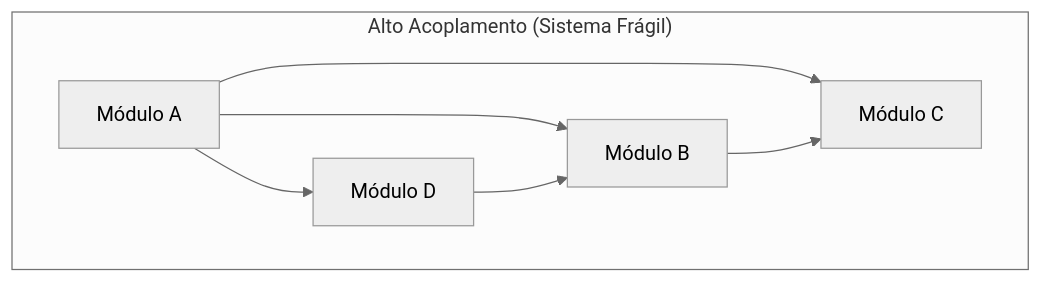
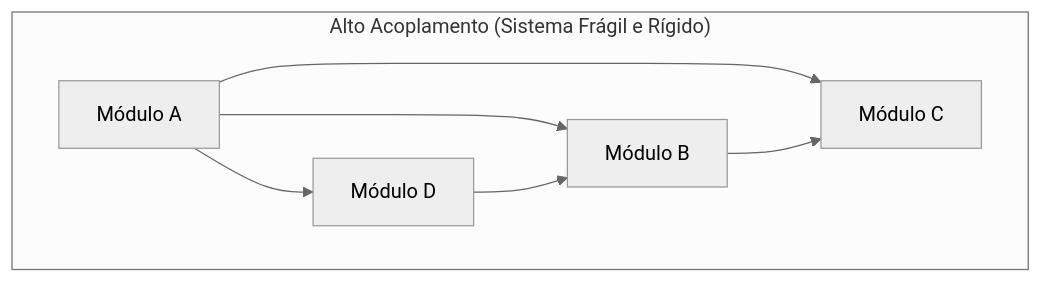
The third of 3 diagrams in 01. Programacao Modular/04. Programação orientada a objetos e acoplamento.md (leorruas/puc), drawn with Mermaid (neutral theme) before and after one commit. The commit also changed other lines of this file, not shown here.

````diff
--- a/01. Programacao Modular/04. Programação orientada a objetos e acoplamento.md
+++ b/01. Programacao Modular/04. Programação orientada a objetos e acoplamento.md
@@ -65,10 +111,10 @@
 ```mermaid
 graph TD
-    subgraph AltoAcoplamento ["Alto Acoplamento (Sistema Frágil)"]
+    subgraph AltoAcoplamento ["Alto Acoplamento (Sistema Frágil e Rígido)"]
         M1["Módulo A"] --> M2["Módulo B"]
         M1 --> M3["Módulo C"]
         M1 --> M4["Módulo D"]
         M2 --> M3
         M4 --> M2
     end
 ```
````
